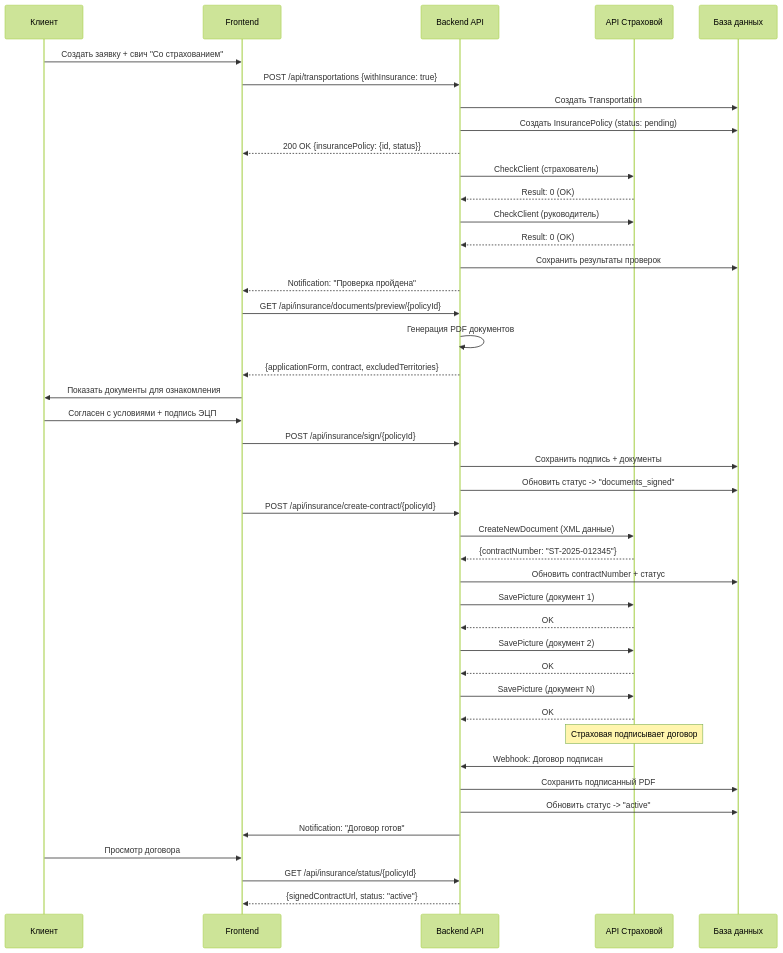
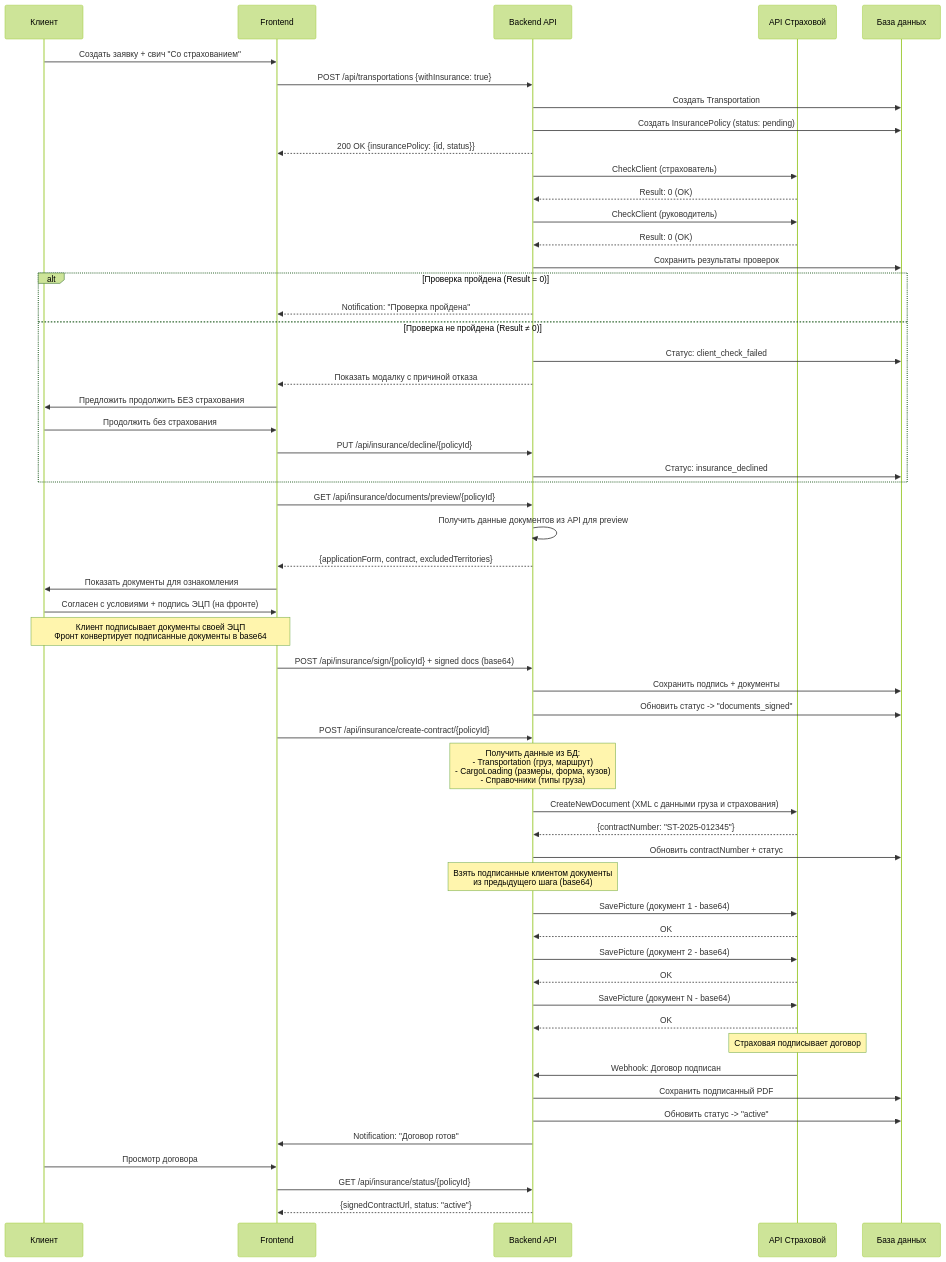
The first of 8 diagrams in tasks/backend/insurance/FLOW_DIAGRAM.md (adamshels1/coube-documentation), drawn with Mermaid (forest theme) before and after one commit.

Commit message:
fix: flow insurance

````diff
--- a/tasks/backend/insurance/FLOW_DIAGRAM.md
+++ b/tasks/backend/insurance/FLOW_DIAGRAM.md
@@ -5,54 +5,67 @@
 ```mermaid
 sequenceDiagram
     participant Client as Клиент
     participant Frontend as Frontend
     participant Backend as Backend API
     participant InsuranceAPI as API Страховой
     participant DB as База данных
 
     Client->>Frontend: Создать заявку + свич "Со страхованием"
     Frontend->>Backend: POST /api/transportations {withInsurance: true}
     Backend->>DB: Создать Transportation
     Backend->>DB: Создать InsurancePolicy (status: pending)
     Backend-->>Frontend: 200 OK {insurancePolicy: {id, status}}
 
     Backend->>InsuranceAPI: CheckClient (страхователь)
     InsuranceAPI-->>Backend: Result: 0 (OK)
     Backend->>InsuranceAPI: CheckClient (руководитель)
     InsuranceAPI-->>Backend: Result: 0 (OK)
     Backend->>DB: Сохранить результаты проверок
-    Backend-->>Frontend: Notification: "Проверка пройдена"
+
+    alt Проверка пройдена (Result = 0)
+        Backend-->>Frontend: Notification: "Проверка пройдена"
+    else Проверка не пройдена (Result ≠ 0)
+        Backend->>DB: Статус: client_check_failed
+        Backend-->>Frontend: Показать модалку с причиной отказа
+        Frontend->>Client: Предложить продолжить БЕЗ страхования
+        Client->>Frontend: Продолжить без страхования
+        Frontend->>Backend: PUT /api/insurance/decline/{policyId}
+        Backend->>DB: Статус: insurance_declined
+    end
 
     Frontend->>Backend: GET /api/insurance/documents/preview/{policyId}
-    Backend->>Backend: Генерация PDF документов
+    Backend->>Backend: Получить данные документов из API для preview
     Backend-->>Frontend: {applicationForm, contract, excludedTerritories}
 
     Frontend->>Client: Показать документы для ознакомления
-    Client->>Frontend: Согласен с условиями + подпись ЭЦП
-    Frontend->>Backend: POST /api/insurance/sign/{policyId}
+    Client->>Frontend: Согласен с условиями + подпись ЭЦП (на фронте)
+    Note over Client,Frontend: Клиент подписывает документы своей ЭЦП<br/>Фронт конвертирует подписанные документы в base64
+    Frontend->>Backend: POST /api/insurance/sign/{policyId} + signed docs (base64)
     Backend->>DB: Сохранить подпись + документы
     Backend->>DB: Обновить статус -> "documents_signed"
 
     Frontend->>Backend: POST /api/insurance/create-contract/{policyId}
-    Backend->>InsuranceAPI: CreateNewDocument (XML данные)
+    Note over Backend: Получить данные из БД:<br/>- Transportation (груз, маршрут)<br/>- CargoLoading (размеры, форма, кузов)<br/>- Справочники (типы груза)
+    Backend->>InsuranceAPI: CreateNewDocument (XML с данными груза и страхования)
     InsuranceAPI-->>Backend: {contractNumber: "ST-2025-012345"}
     Backend->>DB: Обновить contractNumber + статус
 
-    Backend->>InsuranceAPI: SavePicture (документ 1)
+    Note over Backend: Взять подписанные клиентом документы<br/>из предыдущего шага (base64)
+    Backend->>InsuranceAPI: SavePicture (документ 1 - base64)
     InsuranceAPI-->>Backend: OK
-    Backend->>InsuranceAPI: SavePicture (документ 2)
+    Backend->>InsuranceAPI: SavePicture (документ 2 - base64)
     InsuranceAPI-->>Backend: OK
-    Backend->>InsuranceAPI: SavePicture (документ N)
+    Backend->>InsuranceAPI: SavePicture (документ N - base64)
     InsuranceAPI-->>Backend: OK
 
     Note over InsuranceAPI: Страховая подписывает договор
 
     InsuranceAPI->>Backend: Webhook: Договор подписан
     Backend->>DB: Сохранить подписанный PDF
     Backend->>DB: Обновить статус -> "active"
     Backend->>Frontend: Notification: "Договор готов"
 
     Client->>Frontend: Просмотр договора
     Frontend->>Backend: GET /api/insurance/status/{policyId}
     Backend-->>Frontend: {signedContractUrl, status: "active"}
 ```
````
